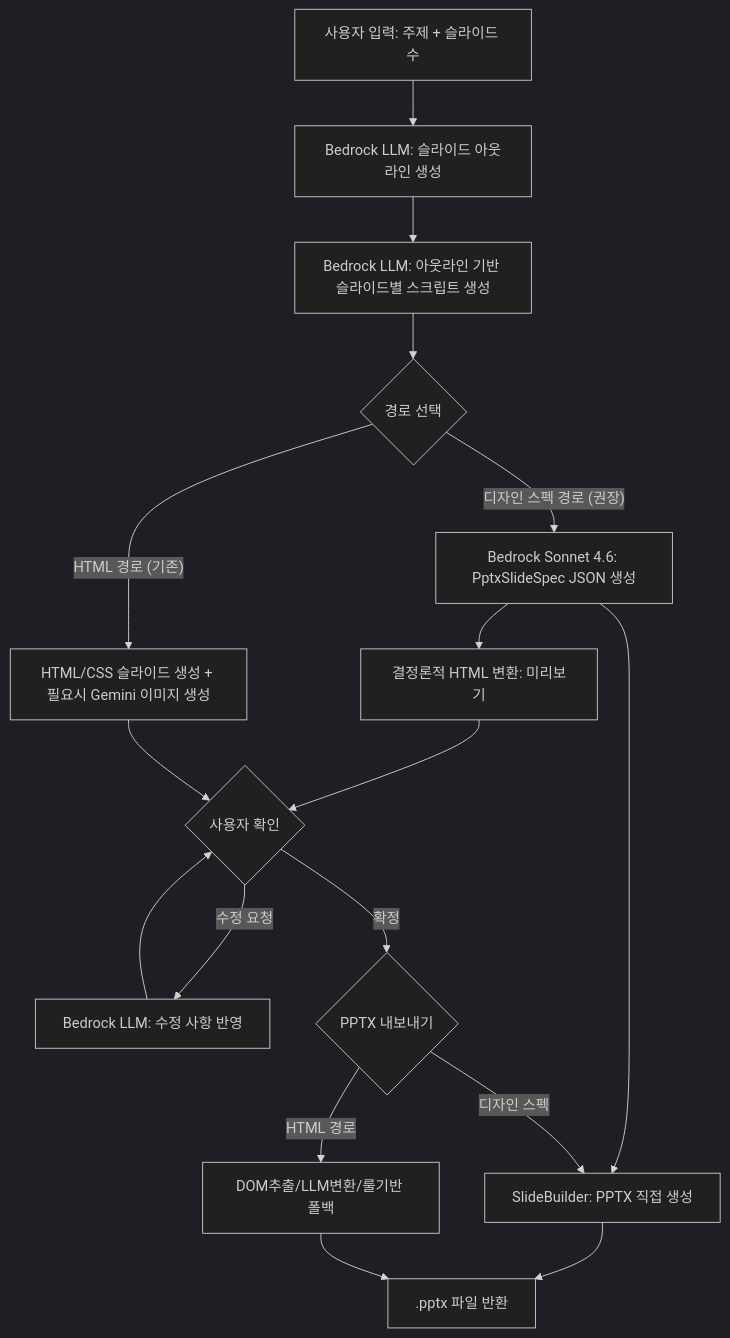
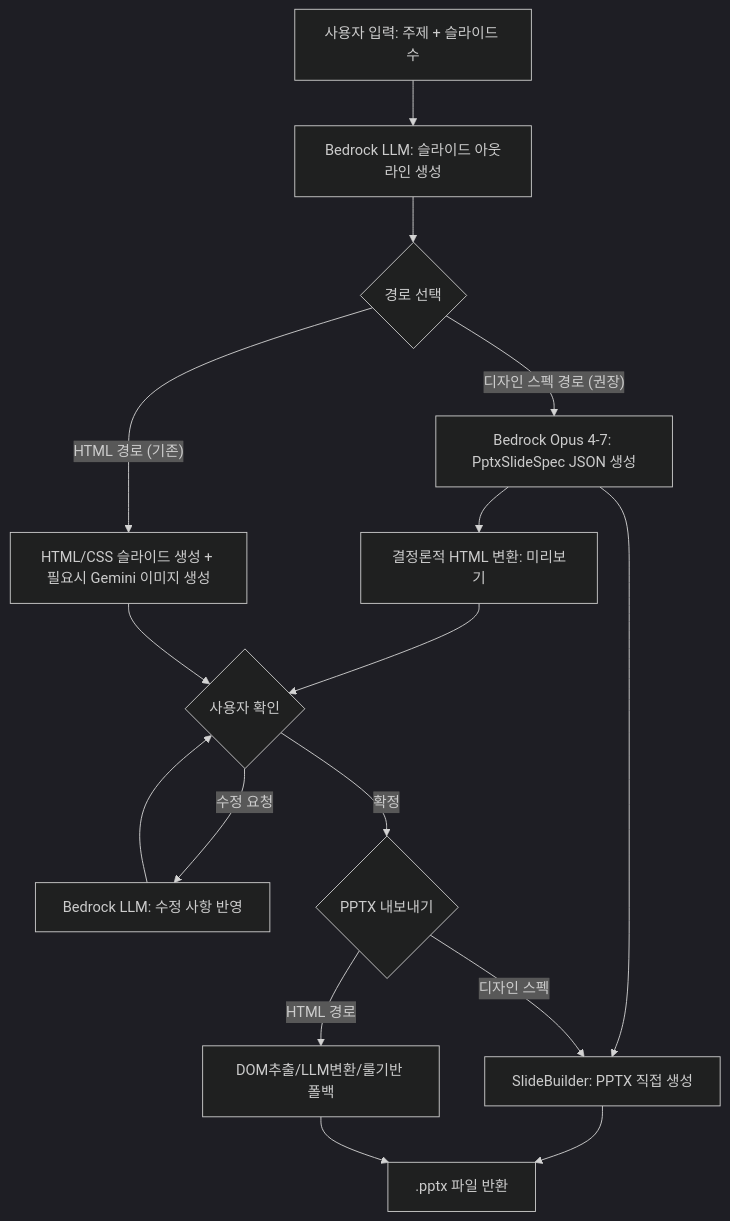
The second of 3 diagrams in docs/ppt-generator.alps.md (haandol/ppt-generator), drawn with Mermaid (dark theme) before and after one commit. The commit also changed other lines of this file and 20 other files, not shown here.

First line of the commit message:
refactor: 디자인 스펙 모델을 Opus 4-7 adaptive thinking으로 전환

````diff
--- a/docs/ppt-generator.alps.md
+++ b/docs/ppt-generator.alps.md
@@ -118,19 +118,18 @@
 ```mermaid
 flowchart TD
     A[사용자 입력: 주제 + 슬라이드 수] --> B[Bedrock LLM: 슬라이드 아웃라인 생성]
-    B --> B1[Bedrock LLM: 아웃라인 기반 슬라이드별 스크립트 생성]
-    B1 --> DS{경로 선택}
-    DS -- "디자인 스펙 경로 (권장)" --> DS1[Bedrock Sonnet 4.6: PptxSlideSpec JSON 생성]
+    B --> DS{경로 선택}
+    DS -- "디자인 스펙 경로 (권장)" --> DS1[Bedrock Opus 4-7: PptxSlideSpec JSON 생성]
     DS1 --> DS2[결정론적 HTML 변환: 미리보기]
     DS2 --> F{사용자 확인}
     DS1 --> DS3[SlideBuilder: PPTX 직접 생성]
     DS -- "HTML 경로 (기존)" --> E[HTML/CSS 슬라이드 생성 + 필요시 Gemini 이미지 생성]
     E --> F
     F -- "수정 요청" --> G[Bedrock LLM: 수정 사항 반영]
     G --> F
     F -- "확정" --> H{PPTX 내보내기}
     H -- "디자인 스펙" --> DS3
     H -- "HTML 경로" --> H1[DOM추출/LLM변환/룰기반 폴백]
     DS3 --> I[.pptx 파일 반환]
     H1 --> I
 ```
````
